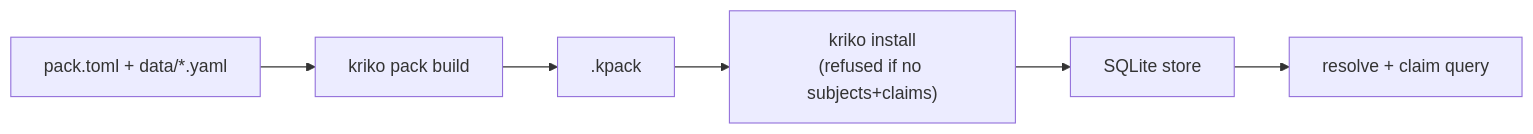
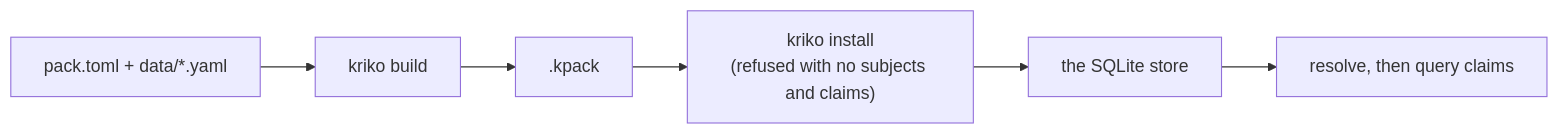
One commit to Berbadov/kriko changed the diagram in docs/PACK_CONTRACT.md. Above: the diagram before and after it, drawn with Mermaid. The commit also changed other lines of this file and 15 other files, not shown here.

````diff
--- a/docs/PACK_CONTRACT.md
+++ b/docs/PACK_CONTRACT.md
@@ -11,6 +13,6 @@
 ```mermaid
 flowchart LR
-    YAML["pack.toml + data/*.yaml"] --> BUILD["kriko pack build"]
-    BUILD --> KPACK[".kpack"] --> INSTALL["kriko install\n(refused if no subjects+claims)"]
-    INSTALL --> STORE["SQLite store"] --> LOOKUP["resolve + claim query"]
+    YAML["pack.toml + data/*.yaml"] --> BUILD["kriko build"]
+    BUILD --> KPACK[".kpack"] --> INSTALL["kriko install<br/>(refused with no subjects and claims)"]
+    INSTALL --> STORE["the SQLite store"] --> LOOKUP["resolve, then query claims"]
 ```
````
